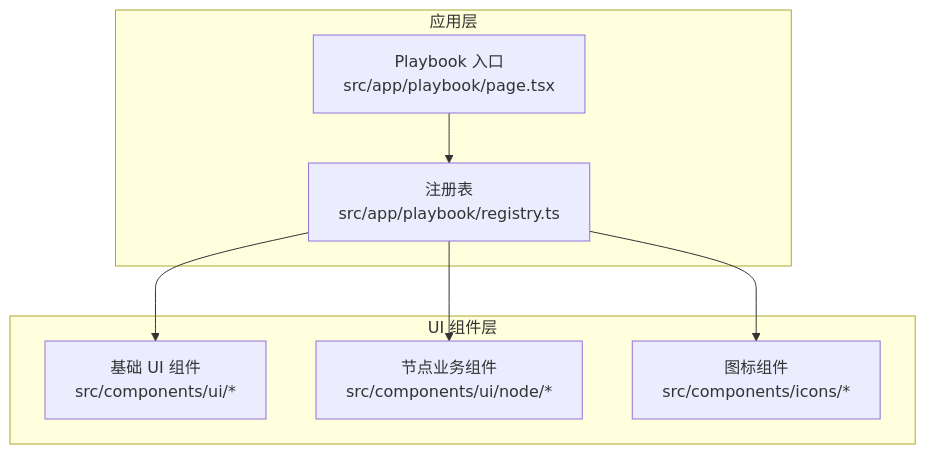
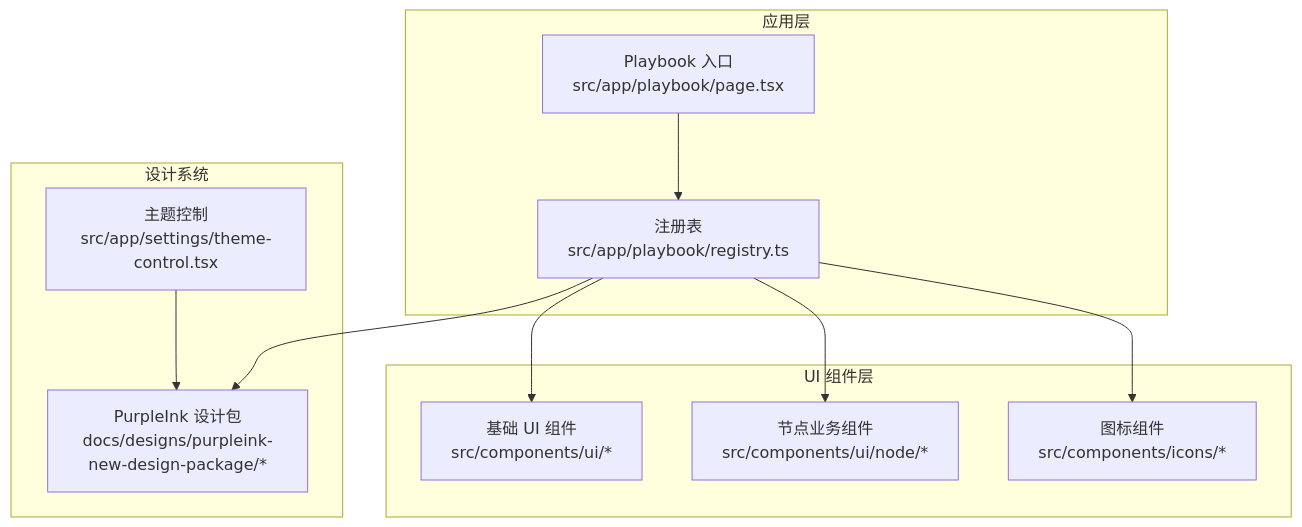
Before and after one commit to AIMFllyYS/code-video-canvas: the first of 6 diagrams in .qoder/repowiki/zh/content/UI 组件库/UI 组件库.md, drawn with Mermaid. The commit also changed other lines of this file and 44 other files, not shown here.

````diff
--- a/.qoder/repowiki/zh/content/UI 组件库/UI 组件库.md
+++ b/.qoder/repowiki/zh/content/UI 组件库/UI 组件库.md
@@ -96,16 +111,22 @@
 ```mermaid
 graph TB
 subgraph "应用层"
 PB["Playbook 入口<br/>src/app/playbook/page.tsx"]
 REG["注册表<br/>src/app/playbook/registry.ts"]
 end
 subgraph "UI 组件层"
 U["基础 UI 组件<br/>src/components/ui/*"]
 N["节点业务组件<br/>src/components/ui/node/*"]
 I["图标组件<br/>src/components/icons/*"]
 end
+subgraph "设计系统"
+PI["PurpleInk 设计包<br/>docs/designs/purpleink-new-design-package/*"]
+TB["主题控制<br/>src/app/settings/theme-control.tsx"]
+end
 PB --> REG
 REG --> U
 REG --> N
 REG --> I
+REG --> PI
+TB --> PI
 ```
````
